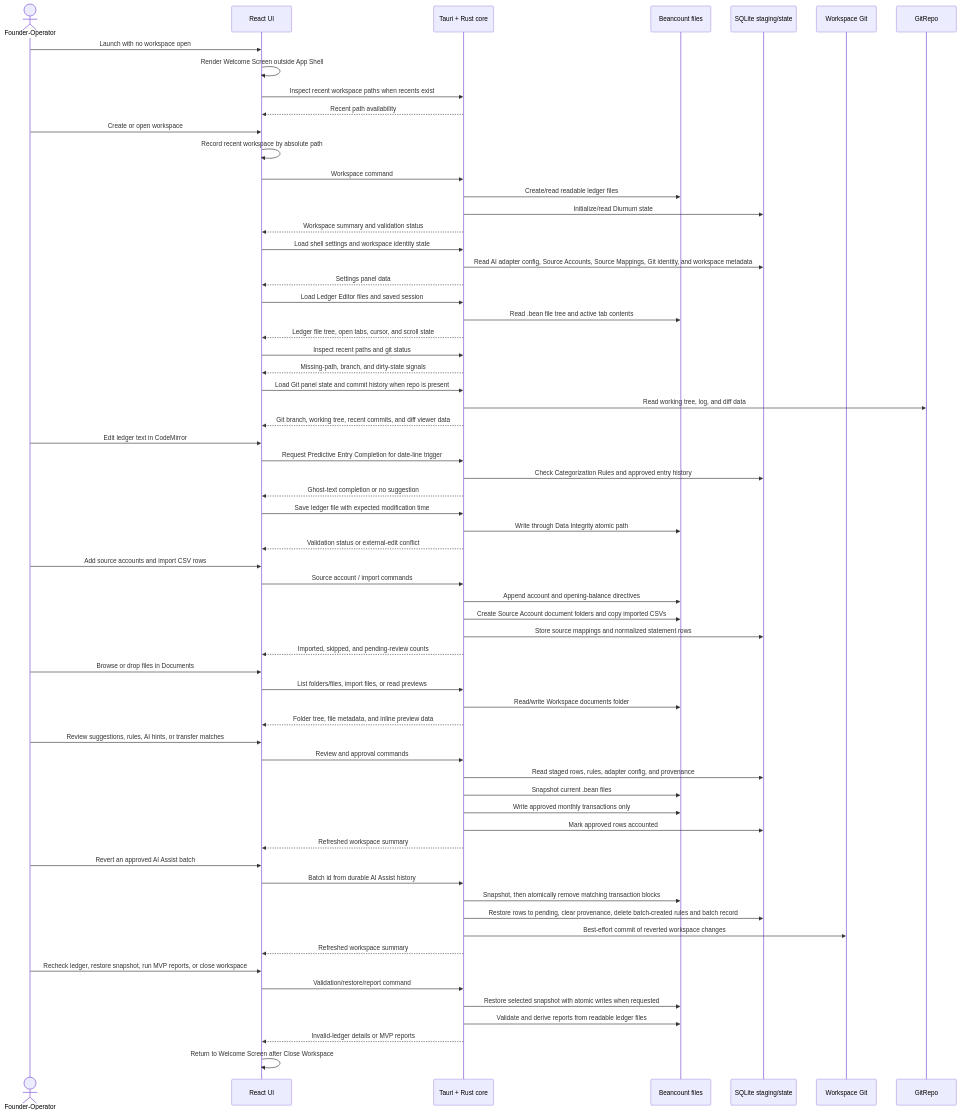
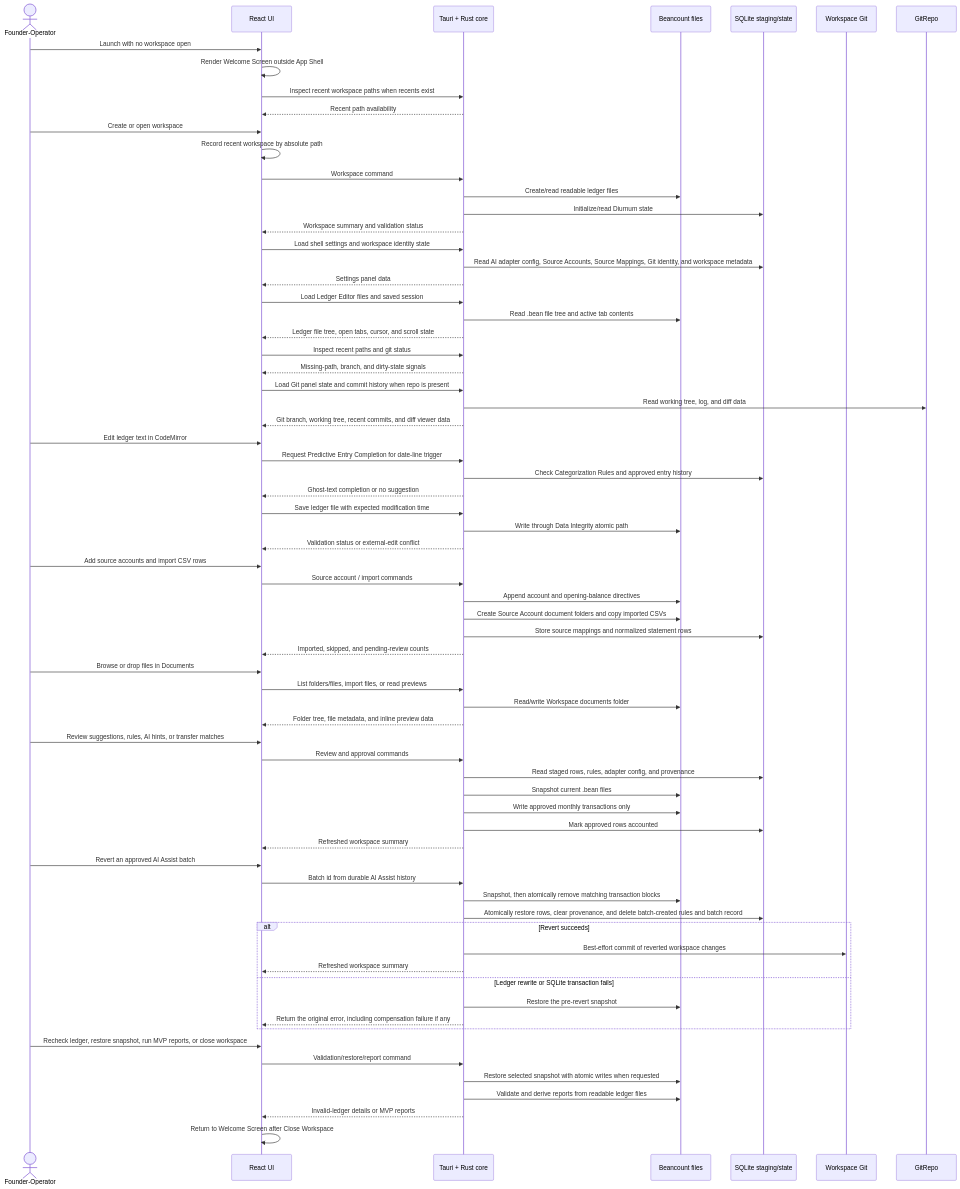
The second of 4 diagrams in docs/architecture.md (Diurnum-Dev/Diurnum), drawn with Mermaid before and after one commit. The commit also changed other lines of this file and 2 other files, not shown here.

Commit message:
fix(ai-assist): compensate batch revert failures

````diff
--- a/docs/architecture.md
+++ b/docs/architecture.md
@@ -72,74 +72,79 @@
 ```mermaid
 sequenceDiagram
   actor User as Founder-Operator
   participant UI as React UI
   participant Core as Tauri + Rust core
   participant Ledger as Beancount files
   participant State as SQLite staging/state
   participant Git as Workspace Git
 
   User->>UI: Launch with no workspace open
   UI->>UI: Render Welcome Screen outside App Shell
   UI->>Core: Inspect recent workspace paths when recents exist
   Core-->>UI: Recent path availability
 
   User->>UI: Create or open workspace
   UI->>UI: Record recent workspace by absolute path
   UI->>Core: Workspace command
   Core->>Ledger: Create/read readable ledger files
   Core->>State: Initialize/read Diurnum state
   Core-->>UI: Workspace summary and validation status
   UI->>Core: Load shell settings and workspace identity state
   Core->>State: Read AI adapter config, Source Accounts, Source Mappings, Git identity, and workspace metadata
   Core-->>UI: Settings panel data
   UI->>Core: Load Ledger Editor files and saved session
   Core->>Ledger: Read .bean file tree and active tab contents
   Core-->>UI: Ledger file tree, open tabs, cursor, and scroll state
   UI->>Core: Inspect recent paths and git status
   Core-->>UI: Missing-path, branch, and dirty-state signals
   UI->>Core: Load Git panel state and commit history when repo is present
   Core->>GitRepo: Read working tree, log, and diff data
   Core-->>UI: Git branch, working tree, recent commits, and diff viewer data
 
   User->>UI: Edit ledger text in CodeMirror
   UI->>Core: Request Predictive Entry Completion for date-line trigger
   Core->>State: Check Categorization Rules and approved entry history
   Core-->>UI: Ghost-text completion or no suggestion
   UI->>Core: Save ledger file with expected modification time
   Core->>Ledger: Write through Data Integrity atomic path
   Core-->>UI: Validation status or external-edit conflict
 
   User->>UI: Add source accounts and import CSV rows
   UI->>Core: Source account / import commands
   Core->>Ledger: Append account and opening-balance directives
   Core->>Ledger: Create Source Account document folders and copy imported CSVs
   Core->>State: Store source mappings and normalized statement rows
   Core-->>UI: Imported, skipped, and pending-review counts
 
   User->>UI: Browse or drop files in Documents
   UI->>Core: List folders/files, import files, or read previews
   Core->>Ledger: Read/write Workspace documents folder
   Core-->>UI: Folder tree, file metadata, and inline preview data
 
   User->>UI: Review suggestions, rules, AI hints, or transfer matches
   UI->>Core: Review and approval commands
   Core->>State: Read staged rows, rules, adapter config, and provenance
   Core->>Ledger: Snapshot current .bean files
   Core->>Ledger: Write approved monthly transactions only
   Core->>State: Mark approved rows accounted
   Core-->>UI: Refreshed workspace summary
 
   User->>UI: Revert an approved AI Assist batch
   UI->>Core: Batch id from durable AI Assist history
   Core->>Ledger: Snapshot, then atomically remove matching transaction blocks
-  Core->>State: Restore rows to pending, clear provenance, delete batch-created rules and batch record
-  Core->>Git: Best-effort commit of reverted workspace changes
-  Core-->>UI: Refreshed workspace summary
+  Core->>State: Atomically restore rows, clear provenance, and delete batch-created rules and batch record
+  alt Revert succeeds
+    Core->>Git: Best-effort commit of reverted workspace changes
+    Core-->>UI: Refreshed workspace summary
+  else Ledger rewrite or SQLite transaction fails
+    Core->>Ledger: Restore the pre-revert snapshot
+    Core-->>UI: Return the original error, including compensation failure if any
+  end
 
   User->>UI: Recheck ledger, restore snapshot, run MVP reports, or close workspace
   UI->>Core: Validation/restore/report command
   Core->>Ledger: Restore selected snapshot with atomic writes when requested
   Core->>Ledger: Validate and derive reports from readable ledger files
   Core-->>UI: Invalid-ledger details or MVP reports
   UI->>UI: Return to Welcome Screen after Close Workspace
 ```
````
